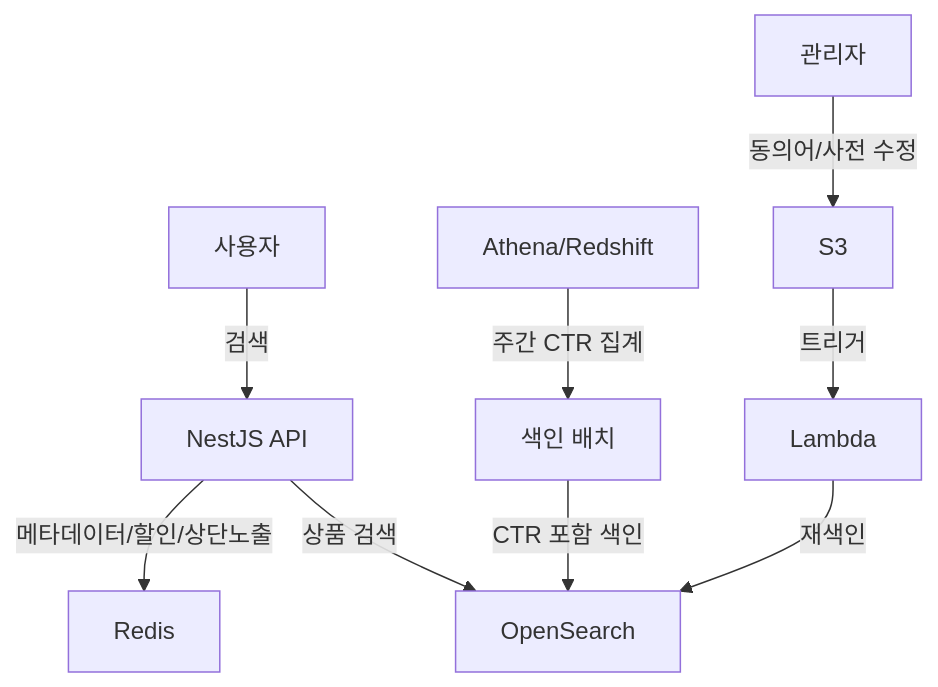
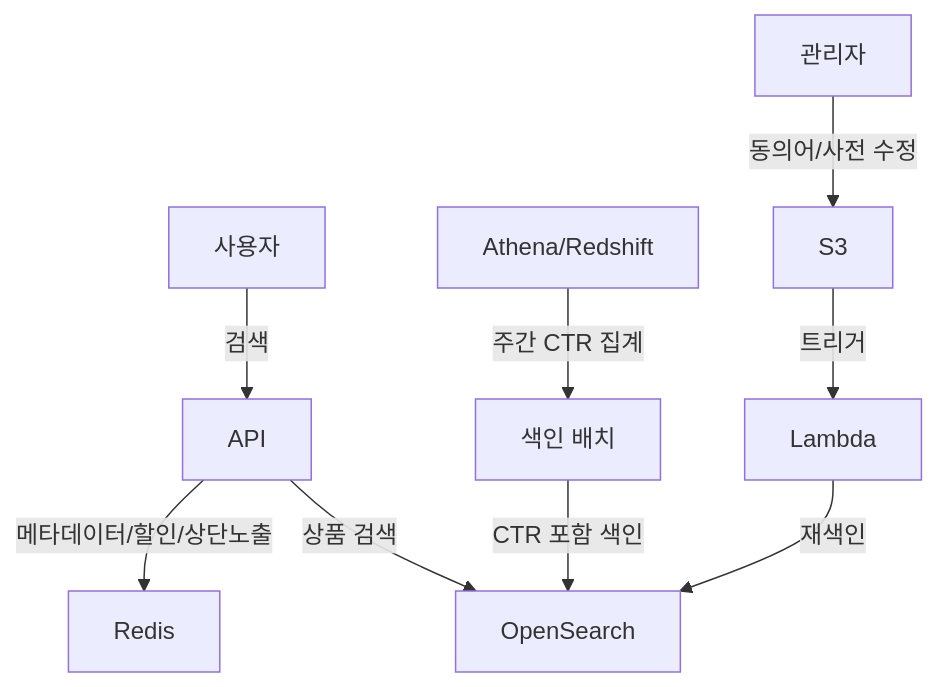
The diagram in portfolio/projects/opensearch-search-engine/index.md (banggeunho/banggeunho), drawn with Mermaid before and after one commit. The commit also changed other lines of this file and 5 other files, not shown here.

First line of the commit message:
Docs: 프로젝트 썸네일 통일 리디자인 및 아키텍처 다이어그램 적용

````diff
--- a/portfolio/projects/opensearch-search-engine/index.md
+++ b/portfolio/projects/opensearch-search-engine/index.md
@@ -99,13 +98,13 @@
 ```mermaid
 graph TB
-    A[사용자] -->|검색| B[NestJS API]
+    A[사용자] -->|검색| B[API]
     B -->|메타데이터/할인/상단노출| C[Redis]
     B -->|상품 검색| D[OpenSearch]
 
     E[Athena/Redshift] -->|주간 CTR 집계| F[색인 배치]
     F -->|CTR 포함 색인| D
 
     G[관리자] -->|동의어/사전 수정| H[S3]
     H -->|트리거| I[Lambda]
     I -->|재색인| D
 ```
````
